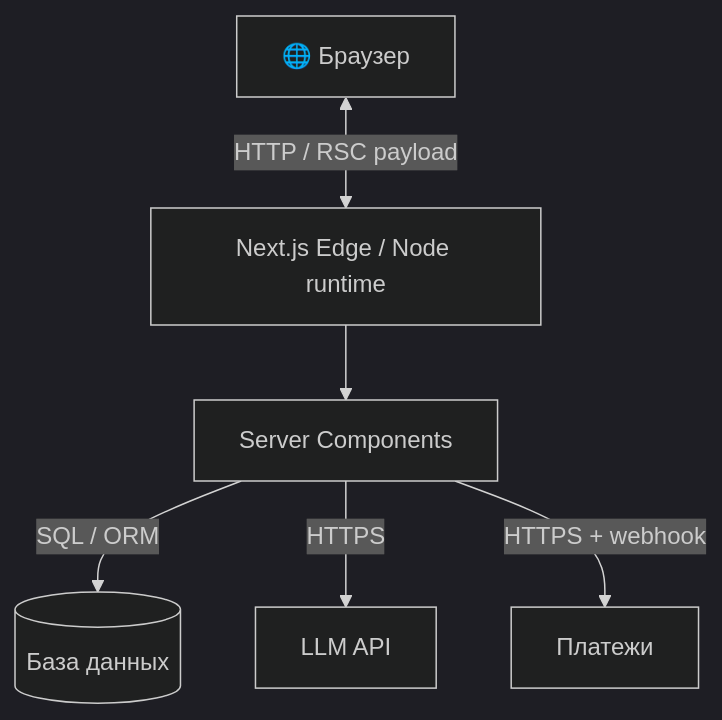
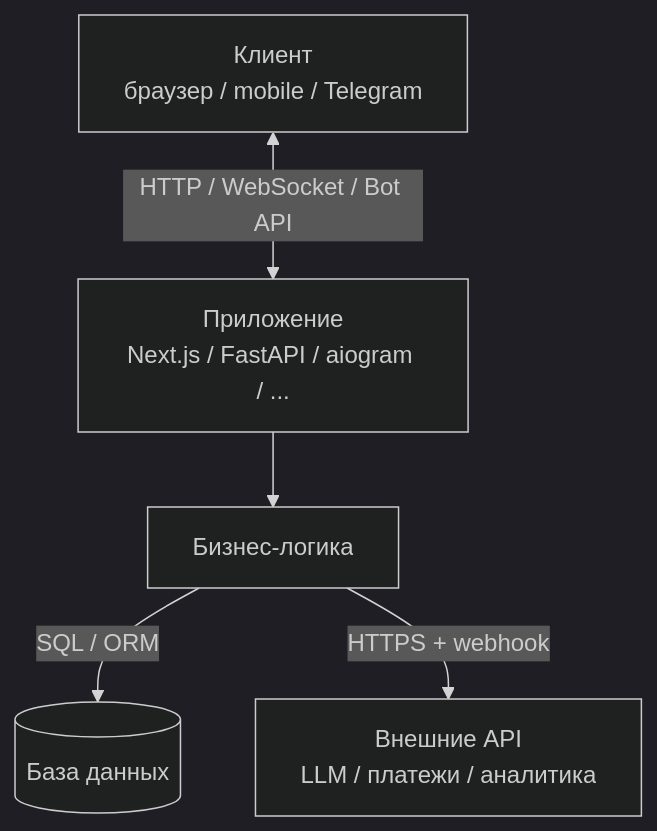
The diagram in docs/architecture/overview.md (Avalon-27reg/smyslokod-starter), drawn with Mermaid (dark theme) before and after one commit. The commit also changed other lines of this file and 41 other files, not shown here.

````diff
--- a/docs/architecture/overview.md
+++ b/docs/architecture/overview.md
@@ -77,15 +93,13 @@
 ```mermaid
 flowchart TD
-    Browser[🌐 Браузер]
-    Edge[Next.js Edge / Node runtime]
-    Server[Server Components]
+    Client[Клиент<br/>браузер / mobile / Telegram]
+    App[Приложение<br/>Next.js / FastAPI / aiogram / ...]
+    Logic[Бизнес-логика]
     DB[(База данных)]
-    LLM[LLM API]
-    Pay[Платежи]
+    Ext[Внешние API<br/>LLM / платежи / аналитика]
 
-    Browser <-->|HTTP / RSC payload| Edge
-    Edge --> Server
-    Server -->|SQL / ORM| DB
-    Server -->|HTTPS| LLM
-    Server -->|HTTPS + webhook| Pay
+    Client <-->|HTTP / WebSocket / Bot API| App
+    App --> Logic
+    Logic -->|SQL / ORM| DB
+    Logic -->|HTTPS + webhook| Ext
 ```
````
